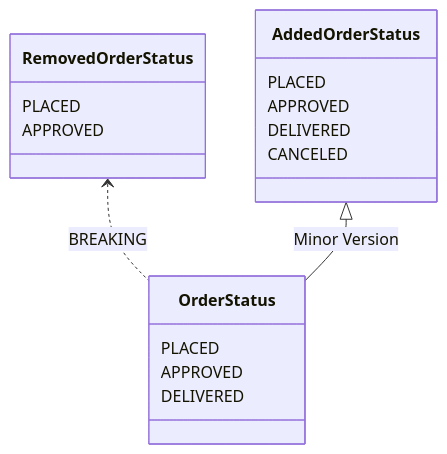
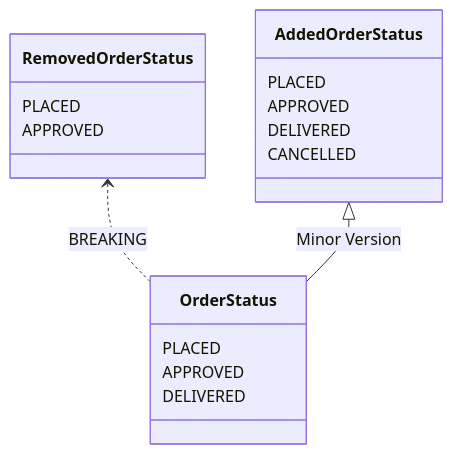
The sixth of 6 diagrams in docs/_posts/2023-05-03-api-design.md (cwboden/.dotfiles), drawn with Mermaid before and after one commit. The commit also changed other lines of this file, not shown here.

```diff
--- a/docs/_posts/2023-05-03-api-design.md
+++ b/docs/_posts/2023-05-03-api-design.md
@@ -170,20 +290,20 @@
 {% mermaid %}
 classDiagram
     RemovedOrderStatus <.. OrderStatus : BREAKING
     AddedOrderStatus <|-- OrderStatus : Minor Version
     class OrderStatus {
         PLACED
         APPROVED
         DELIVERED
     }
     class RemovedOrderStatus {
         PLACED
         APPROVED
     }
     class AddedOrderStatus {
         PLACED
         APPROVED
         DELIVERED
-        CANCELED
+        CANCELLED
     }
 {% endmermaid %}
```
